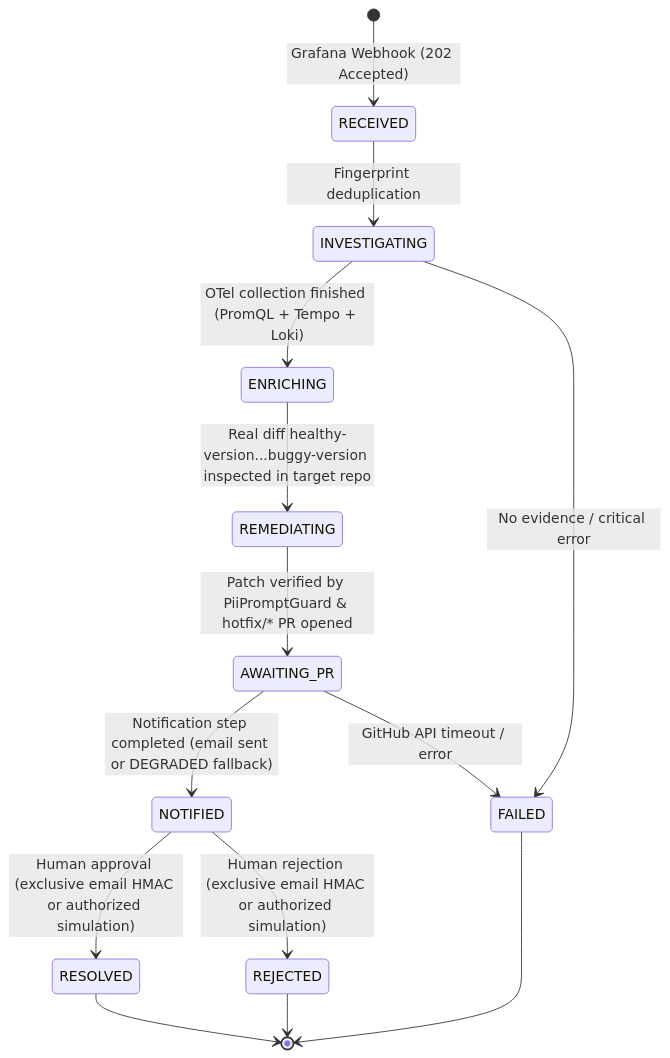
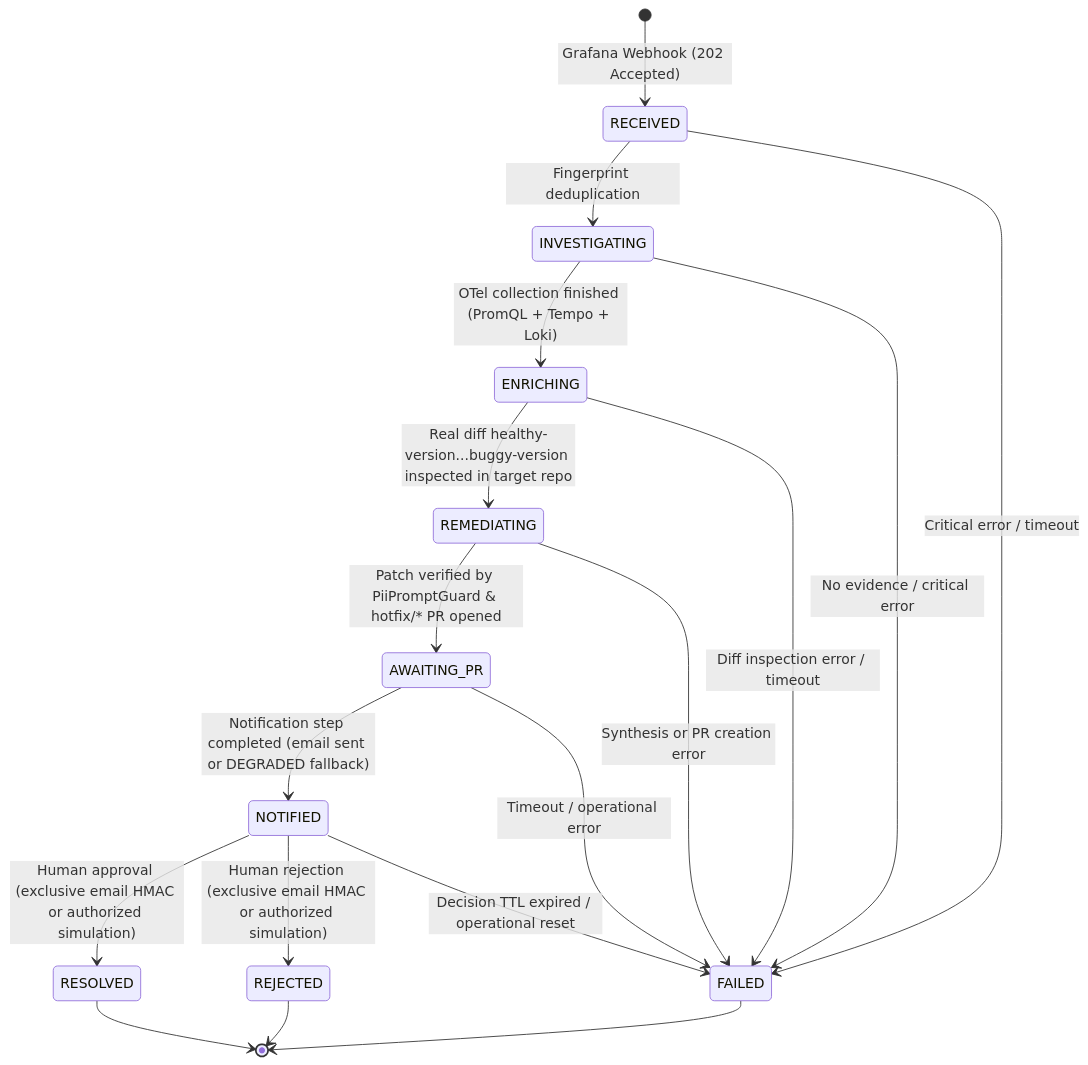
Before and after one commit to AdmilsonGoncalves/zeromttr: the second of 2 diagrams in apps/docs/i18n/en-US/docusaurus-plugin-content-docs/current/architecture.md, drawn with Mermaid. The commit also changed other lines of this file and 15 other files, not shown here.

````diff
--- a/apps/docs/i18n/en-US/docusaurus-plugin-content-docs/current/architecture.md
+++ b/apps/docs/i18n/en-US/docusaurus-plugin-content-docs/current/architecture.md
@@ -59,17 +59,21 @@
 ```mermaid
 stateDiagram-v2
     direction TB
     [*] --> RECEIVED: Grafana Webhook (202 Accepted)
     RECEIVED --> INVESTIGATING: Fingerprint deduplication
+    RECEIVED --> FAILED: Critical error / timeout
     INVESTIGATING --> ENRICHING: OTel collection finished (PromQL + Tempo + Loki)
     INVESTIGATING --> FAILED: No evidence / critical error
     ENRICHING --> REMEDIATING: Real diff healthy-version...buggy-version inspected in target repo
+    ENRICHING --> FAILED: Diff inspection error / timeout
     REMEDIATING --> AWAITING_PR: Patch verified by PiiPromptGuard & hotfix/* PR opened
+    REMEDIATING --> FAILED: Synthesis or PR creation error
     AWAITING_PR --> NOTIFIED: Notification step completed (email sent or DEGRADED fallback)
-    AWAITING_PR --> FAILED: GitHub API timeout / error
+    AWAITING_PR --> FAILED: Timeout / operational error
     NOTIFIED --> RESOLVED: Human approval (exclusive email HMAC or authorized simulation)
     NOTIFIED --> REJECTED: Human rejection (exclusive email HMAC or authorized simulation)
+    NOTIFIED --> FAILED: Decision TTL expired / operational reset
     RESOLVED --> [*]
     REJECTED --> [*]
     FAILED --> [*]
 ```
````
